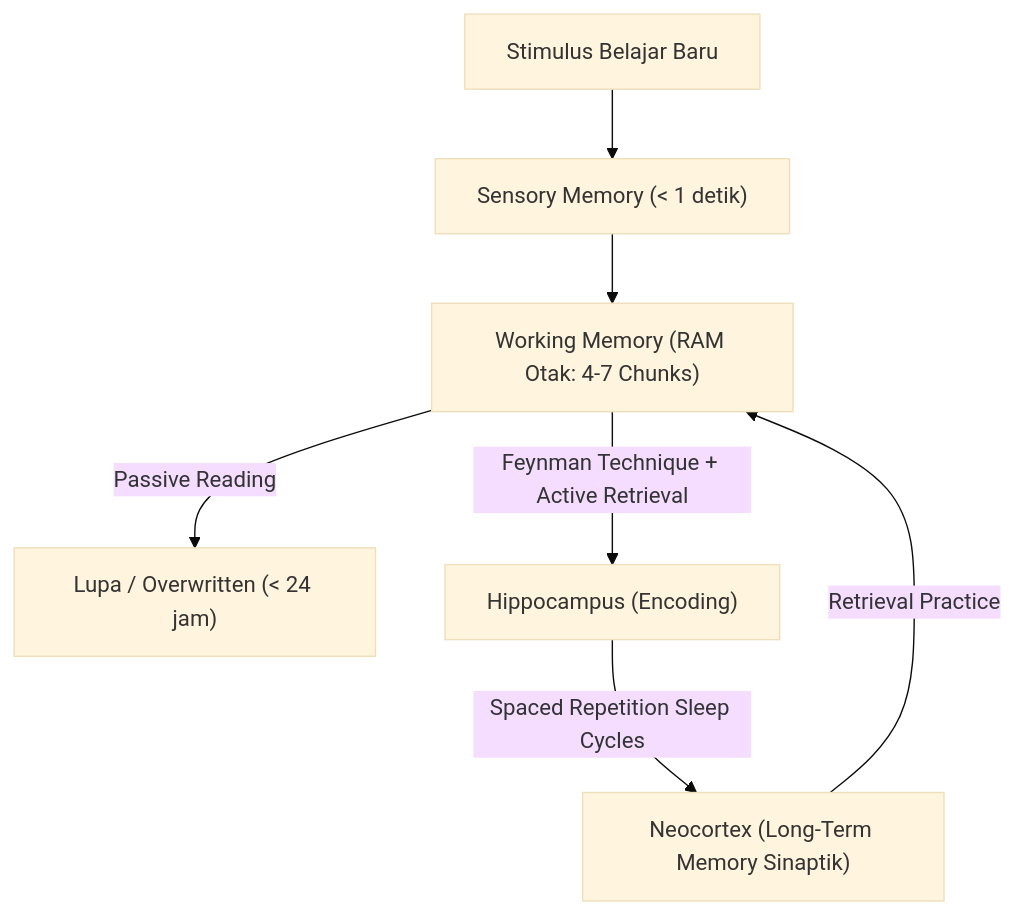
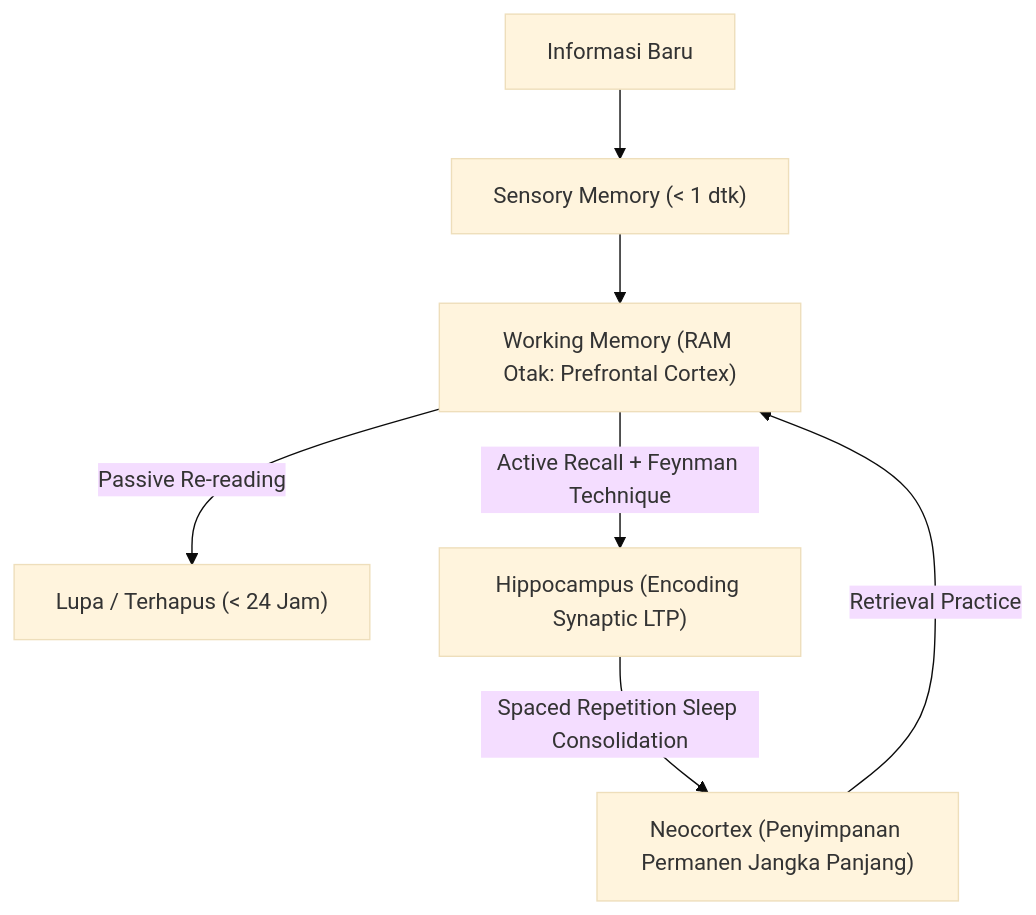
Before and after one commit to Rizki2204/ultimate-learning-paths: the diagram in curriculum/00-fondasi-kognitif-logika/001-meta-learning-kognisi.md, drawn with Mermaid (base theme). The commit also changed other lines of this file and 271 other files, not shown here.

````diff
--- a/curriculum/00-fondasi-kognitif-logika/001-meta-learning-kognisi.md
+++ b/curriculum/00-fondasi-kognitif-logika/001-meta-learning-kognisi.md
@@ -31,9 +30,9 @@
 ```mermaid
 flowchart TD
-    A["Stimulus Belajar Baru"] --> B["Sensory Memory (< 1 detik)"]
-    B --> C["Working Memory (RAM Otak: 4-7 Chunks)"]
-    C -->|Passive Reading| D["Lupa / Overwritten (< 24 jam)"]
-    C -->|Feynman Technique + Active Retrieval| E["Hippocampus (Encoding)"]
-    E -->|Spaced Repetition Sleep Cycles| F["Neocortex (Long-Term Memory Sinaptik)"]
+    A["Informasi Baru"] --> B["Sensory Memory (< 1 dtk)"]
+    B --> C["Working Memory (RAM Otak: Prefrontal Cortex)"]
+    C -->|Passive Re-reading| D["Lupa / Terhapus (< 24 Jam)"]
+    C -->|Active Recall + Feynman Technique| E["Hippocampus (Encoding Synaptic LTP)"]
+    E -->|Spaced Repetition Sleep Consolidation| F["Neocortex (Penyimpanan Permanen Jangka Panjang)"]
     F -->|Retrieval Practice| C
 ```
````
